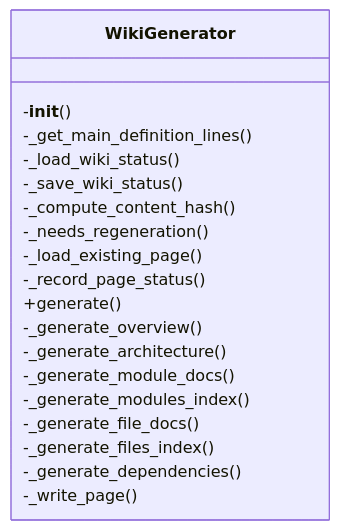
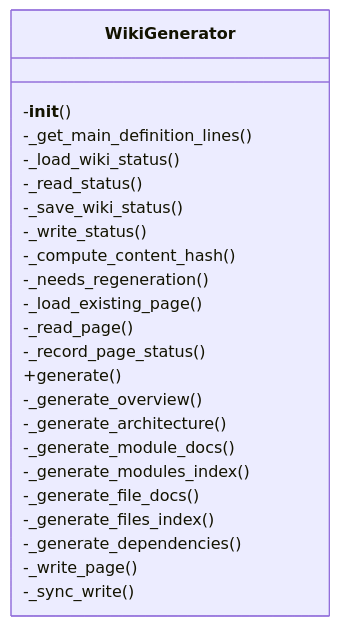
One commit to UrbanDiver/local-deepwiki-mcp changed the first of 2 diagrams in .deepwiki/files/src/local_deepwiki/generators/wiki.md. Above: the diagram before and after it, drawn with Mermaid. The commit also changed other lines of this file and 30 other files, not shown here.

````diff
--- a/.deepwiki/files/src/local_deepwiki/generators/wiki.md
+++ b/.deepwiki/files/src/local_deepwiki/generators/wiki.md
@@ -199,22 +202,26 @@
 ```mermaid
 classDiagram
     class WikiGenerator {
         -__init__()
         -_get_main_definition_lines()
         -_load_wiki_status()
+        -_read_status()
         -_save_wiki_status()
+        -_write_status()
         -_compute_content_hash()
         -_needs_regeneration()
         -_load_existing_page()
+        -_read_page()
         -_record_page_status()
         +generate()
         -_generate_overview()
         -_generate_architecture()
         -_generate_module_docs()
         -_generate_modules_index()
         -_generate_file_docs()
         -_generate_files_index()
         -_generate_dependencies()
         -_write_page()
+        -_sync_write()
     }
 ```
````
